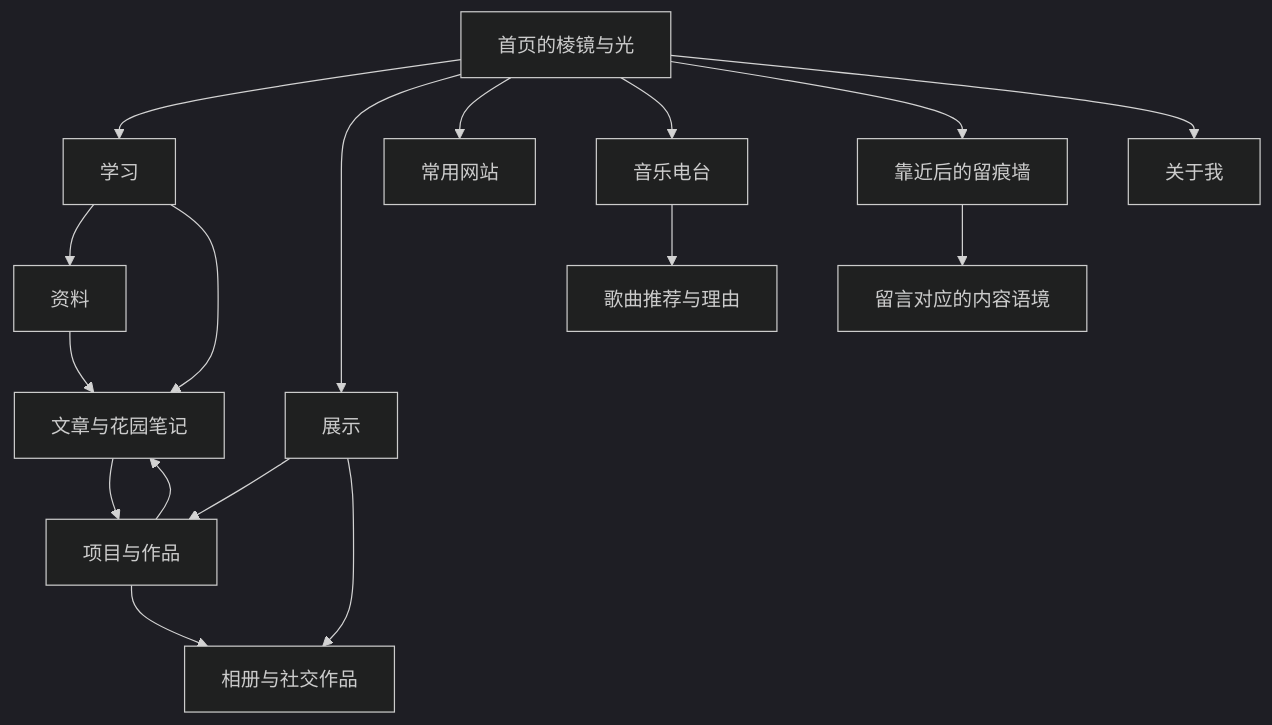
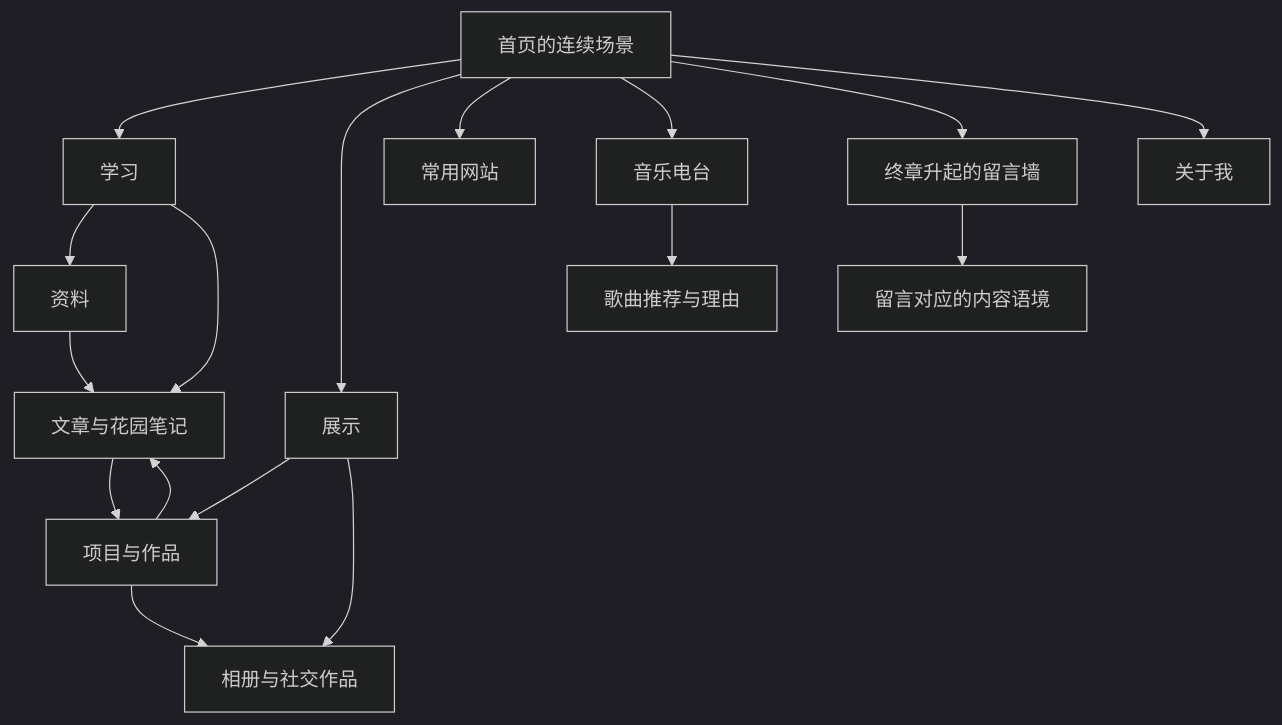
The diagram in docs/design/SPEC.md (0ne-small-stone/personal-homepage), drawn with Mermaid (dark theme) before and after one commit. The commit also changed other lines of this file and 37 other files, not shown here.

````diff
--- a/docs/design/SPEC.md
+++ b/docs/design/SPEC.md
@@ -229,19 +253,19 @@
 ```mermaid
 flowchart TD
-  Home[首页的棱镜与光] --> Learn[学习]
+  Home[首页的连续场景] --> Learn[学习]
   Home --> Show[展示]
   Home --> Links[常用网站]
   Home --> Radio[音乐电台]
-  Home --> Wall[靠近后的留痕墙]
+  Home --> Wall[终章升起的留言墙]
   Home --> About[关于我]
   Learn --> Resource[资料]
   Learn --> Notes[文章与花园笔记]
   Resource --> Notes[文章与花园笔记]
   Notes --> Project[项目与作品]
   Show --> Project
   Show --> Album[相册与社交作品]
   Project --> Album
   Project --> Notes
   Radio --> Recommend[歌曲推荐与理由]
   Wall --> Context[留言对应的内容语境]
 ```
````
